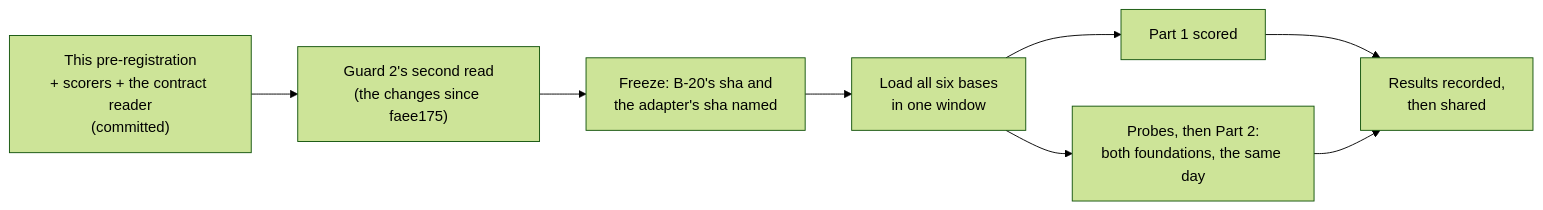
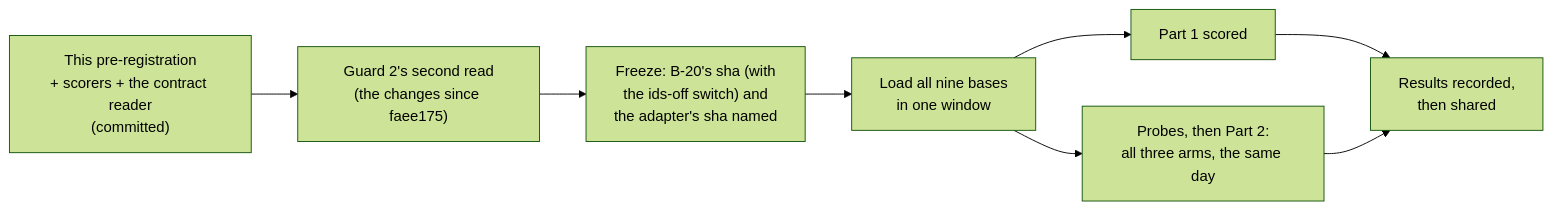
One commit to kloudtaxi/shiny-waffle changed the second of 2 diagrams in docs/b20-northstar-exam-preregistration-2026-10-17.md. Above: the diagram before and after it, drawn with Mermaid (forest theme). The commit also changed other lines of this file and 1 other file, not shown here.

First line of the commit message:
docs: the exam runs B-20 both ways (identifier rules on and off); only tracked CSV and Markdown are loaded, never the manifest

````diff
--- a/docs/b20-northstar-exam-preregistration-2026-10-17.md
+++ b/docs/b20-northstar-exam-preregistration-2026-10-17.md
@@ -149,10 +177,10 @@
 ```mermaid
 flowchart LR
     A["This pre-registration<br/>+ scorers + the contract reader<br/>(committed)"] --> B["Guard 2's second read<br/>(the changes since faee175)"]
-    B --> C["Freeze: B-20's sha and<br/>the adapter's sha named"]
-    C --> D["Load all six bases<br/>in one window"]
+    B --> C["Freeze: B-20's sha (with<br/>the ids-off switch) and<br/>the adapter's sha named"]
+    C --> D["Load all nine bases<br/>in one window"]
     D --> E["Part 1 scored"]
-    D --> F["Probes, then Part 2:<br/>both foundations, the same day"]
+    D --> F["Probes, then Part 2:<br/>all three arms, the same day"]
     E --> G["Results recorded,<br/>then shared"]
     F --> G
 ```
````
